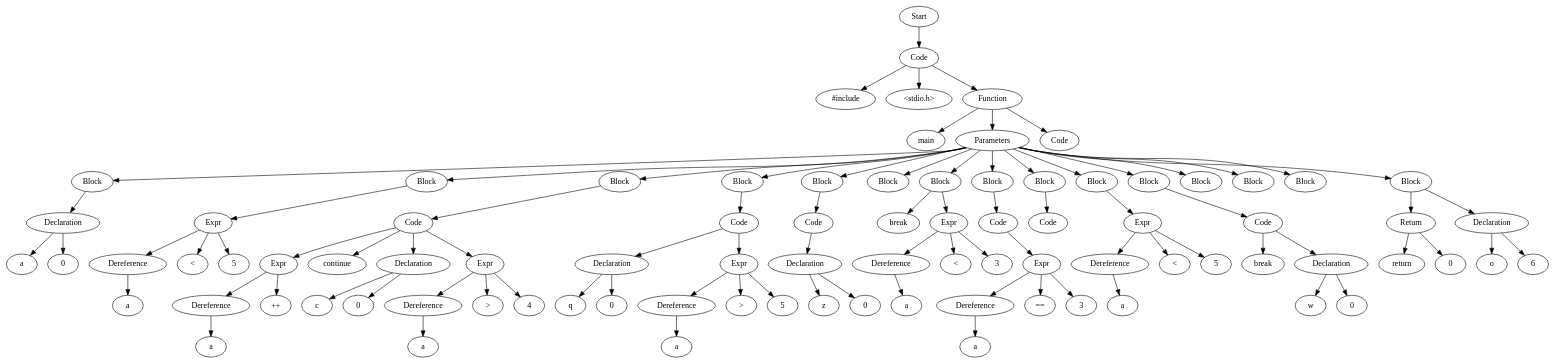
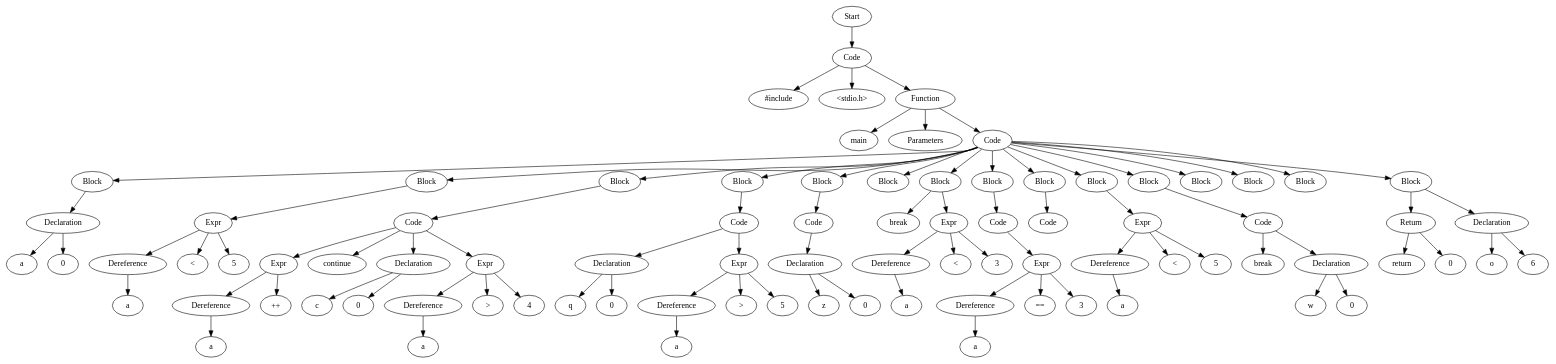
One commit to Are-you-listening/Compilers changed the diagram in TestCases/ASTTests/DeadCodeRemoveTests/CreateTests/read_file_before.dot. Above: the diagram before and after it, drawn with Graphviz. The commit also changed 59 other files, not shown here.

```diff
--- a/TestCases/ASTTests/DeadCodeRemoveTests/CreateTests/read_file_before.dot
+++ b/TestCases/ASTTests/DeadCodeRemoveTests/CreateTests/read_file_before.dot
@@ -1,175 +1,175 @@
 digraph AST {
-  "132926560718848" [label="Start"];
-  "132926560718848" -> "132926560727968";
-  "132926560727968" [label="Code"];
-  "132926560727968" -> "132926560717312";
-  "132926560727968" -> "132926560728400";
-  "132926560727968" -> "132926560728496";
-  "132926560717312" [label="#include"];
-  "132926560728400" [label="<stdio.h>"];
-  "132926560728496" [label="Function"];
-  "132926560728496" -> "132926560716208";
-  "132926560728496" -> "132926560729168";
-  "132926560728496" -> "132926560728784";
-  "132926560716208" [label="main"];
-  "132926560729168" [label="Parameters"];
-  "132926560729168" -> "132926558807104";
-  "132926560729168" -> "132926558806192";
-  "132926560729168" -> "132926558806624";
-  "132926560729168" -> "132926558801920";
-  "132926560729168" -> "132926558801248";
-  "132926560729168" -> "132926558801872";
-  "132926560729168" -> "132926558802544";
-  "132926560729168" -> "132926558804656";
-  "132926560729168" -> "132926558803984";
-  "132926560729168" -> "132926558803744";
-  "132926560729168" -> "132926558803792";
-  "132926560729168" -> "132926558803840";
-  "132926560729168" -> "132926558804608";
-  "132926560729168" -> "132926558805280";
-  "132926560729168" -> "132926558806672";
-  "132926558807104" [label="Block"];
-  "132926558807104" -> "132926560722256";
-  "132926560722256" [label="Declaration"];
-  "132926560722256" -> "132926560730368";
-  "132926560722256" -> "132926560728112";
-  "132926560730368" [label="a"];
-  "132926560728112" [label="0"];
-  "132926558806192" [label="Block"];
-  "132926558806192" -> "132926560722880";
-  "132926560722880" [label="Expr"];
-  "132926560722880" -> "132926560723600";
-  "132926560722880" -> "132926560728352";
-  "132926560722880" -> "132926560728736";
-  "132926560723600" [label="Dereference"];
-  "132926560723600" -> "132926560723696";
-  "132926560723696" [label="a"];
-  "132926560728352" [label="<"];
-  "132926560728736" [label="5"];
-  "132926558806624" [label="Block"];
-  "132926558806624" -> "132926560716976";
-  "132926560716976" [label="Code"];
-  "132926560716976" -> "132926560716496";
-  "132926560716976" -> "132926560717168";
-  "132926560716976" -> "132926560716640";
-  "132926560716976" -> "132926560718608";
-  "132926560716496" [label="Expr"];
-  "132926560716496" -> "132926560725760";
-  "132926560716496" -> "132926560730320";
-  "132926560725760" [label="Dereference"];
-  "132926560725760" -> "132926560718800";
-  "132926560718800" [label="a"];
-  "132926560730320" [label="++"];
-  "132926560717168" [label="continue"];
-  "132926560716640" [label="Declaration"];
-  "132926560716640" -> "132926560730896";
-  "132926560716640" -> "132926560715152";
-  "132926560730896" [label="c"];
-  "132926560715152" [label="0"];
-  "132926560718608" [label="Expr"];
-  "132926560718608" -> "132926560715392";
-  "132926560718608" -> "132926560715872";
-  "132926560718608" -> "132926560715728";
-  "132926560715392" [label="Dereference"];
-  "132926560715392" -> "132926560727680";
-  "132926560727680" [label="a"];
-  "132926560715872" [label=">"];
-  "132926560715728" [label="4"];
-  "132926558801920" [label="Block"];
-  "132926558801920" -> "132926560714816";
-  "132926560714816" [label="Code"];
-  "132926560714816" -> "132926560716928";
-  "132926560714816" -> "132926560727056";
-  "132926560716928" [label="Declaration"];
-  "132926560716928" -> "132926560723888";
-  "132926560716928" -> "132926560727152";
-  "132926560723888" [label="q"];
-  "132926560727152" [label="0"];
-  "132926560727056" [label="Expr"];
-  "132926560727056" -> "132926560719472";
-  "132926560727056" -> "132926560727104";
-  "132926560727056" -> "132926560726624";
-  "132926560719472" [label="Dereference"];
-  "132926560719472" -> "132926560727248";
-  "132926560727248" [label="a"];
-  "132926560727104" [label=">"];
-  "132926560726624" [label="5"];
-  "132926558801248" [label="Block"];
-  "132926558801248" -> "132926560726432";
-  "132926560726432" [label="Code"];
-  "132926560726432" -> "132926560726336";
-  "132926560726336" [label="Declaration"];
-  "132926560726336" -> "132926560716448";
-  "132926560726336" -> "132926560715968";
-  "132926560716448" [label="z"];
-  "132926560715968" [label="0"];
-  "132926558801872" [label="Block"];
-  "132926558802544" [label="Block"];
-  "132926558802544" -> "132926560727344";
-  "132926558802544" -> "132926560723744";
-  "132926560727344" [label="break"];
-  "132926560723744" [label="Expr"];
-  "132926560723744" -> "132926560726096";
-  "132926560723744" -> "132926560725568";
-  "132926560723744" -> "132926560721728";
-  "132926560726096" [label="Dereference"];
-  "132926560726096" -> "132926560725952";
-  "132926560725952" [label="a"];
-  "132926560725568" [label="<"];
-  "132926560721728" [label="3"];
-  "132926558804656" [label="Block"];
-  "132926558804656" -> "132926560725424";
-  "132926560725424" [label="Code"];
-  "132926560725424" -> "132926560724512";
-  "132926560724512" [label="Expr"];
-  "132926560724512" -> "132926560730704";
-  "132926560724512" -> "132926560721200";
-  "132926560724512" -> "132926560724752";
-  "132926560730704" [label="Dereference"];
-  "132926560730704" -> "132926560724896";
-  "132926560724896" [label="a"];
-  "132926560721200" [label="=="];
-  "132926560724752" [label="3"];
-  "132926558803984" [label="Block"];
-  "132926558803984" -> "132926560724656";
-  "132926560724656" [label="Code"];
-  "132926558803744" [label="Block"];
-  "132926558803744" -> "132926560724608";
-  "132926560724608" [label="Expr"];
-  "132926560724608" -> "132926560727632";
-  "132926560724608" -> "132926560722592";
-  "132926560724608" -> "132926560725184";
-  "132926560727632" [label="Dereference"];
-  "132926560727632" -> "132926560717552";
-  "132926560717552" [label="a"];
-  "132926560722592" [label="<"];
-  "132926560725184" [label="5"];
-  "132926558803792" [label="Block"];
-  "132926558803792" -> "132926560723552";
-  "132926560723552" [label="Code"];
-  "132926560723552" -> "132926558797888";
-  "132926560723552" -> "132926558798128";
-  "132926558797888" [label="break"];
-  "132926558798128" [label="Declaration"];
-  "132926558798128" -> "132926558798368";
-  "132926558798128" -> "132926558798608";
-  "132926558798368" [label="w"];
-  "132926558798608" [label="0"];
-  "132926558803840" [label="Block"];
-  "132926558804608" [label="Block"];
-  "132926558805280" [label="Block"];
-  "132926558806672" [label="Block"];
-  "132926558806672" -> "132926560722544";
-  "132926558806672" -> "132926558798800";
-  "132926560722544" [label="Return"];
-  "132926560722544" -> "132926560724128";
-  "132926560722544" -> "132926558798704";
-  "132926560724128" [label="return"];
-  "132926558798704" [label="0"];
-  "132926558798800" [label="Declaration"];
-  "132926558798800" -> "132926558799040";
-  "132926558798800" -> "132926558799280";
-  "132926558799040" [label="o"];
-  "132926558799280" [label="6"];
-  "132926560728784" [label="Code"];
+  "129136273059952" [label="Start"];
+  "129136273059952" -> "129136273060432";
+  "129136273060432" [label="Code"];
+  "129136273060432" -> "129136273060528";
+  "129136273060432" -> "129136273060672";
+  "129136273060432" -> "129136273056640";
+  "129136273060528" [label="#include"];
+  "129136273060672" [label="<stdio.h>"];
+  "129136273056640" [label="Function"];
+  "129136273056640" -> "129136273048528";
+  "129136273056640" -> "129136273060816";
+  "129136273056640" -> "129136273057072";
+  "129136273048528" [label="main"];
+  "129136273060816" [label="Parameters"];
+  "129136273057072" [label="Code"];
+  "129136273057072" -> "129136271173584";
+  "129136273057072" -> "129136271172672";
+  "129136273057072" -> "129136271173104";
+  "129136273057072" -> "129136271168400";
+  "129136273057072" -> "129136271167728";
+  "129136273057072" -> "129136271168352";
+  "129136273057072" -> "129136271169024";
+  "129136273057072" -> "129136271171136";
+  "129136273057072" -> "129136271170464";
+  "129136273057072" -> "129136271170224";
+  "129136273057072" -> "129136271170272";
+  "129136273057072" -> "129136271170320";
+  "129136273057072" -> "129136271171088";
+  "129136273057072" -> "129136271171760";
+  "129136273057072" -> "129136271173152";
+  "129136271173584" [label="Block"];
+  "129136271173584" -> "129136273048336";
+  "129136273048336" [label="Declaration"];
+  "129136273048336" -> "129136273052560";
+  "129136273048336" -> "129136273060240";
+  "129136273052560" [label="a"];
+  "129136273060240" [label="0"];
+  "129136271172672" [label="Block"];
+  "129136271172672" -> "129136273060384";
+  "129136273060384" [label="Expr"];
+  "129136273060384" -> "129136273057936";
+  "129136273060384" -> "129136273055392";
+  "129136273060384" -> "129136273059040";
+  "129136273057936" [label="Dereference"];
+  "129136273057936" -> "129136273051744";
+  "129136273051744" [label="a"];
+  "129136273055392" [label="<"];
+  "129136273059040" [label="5"];
+  "129136271173104" [label="Block"];
+  "129136271173104" -> "129136273054144";
+  "129136273054144" [label="Code"];
+  "129136273054144" -> "129136273048480";
+  "129136273054144" -> "129136273062496";
+  "129136273054144" -> "129136273061392";
+  "129136273054144" -> "129136273061920";
+  "129136273048480" [label="Expr"];
+  "129136273048480" -> "129136273059568";
+  "129136273048480" -> "129136273062592";
+  "129136273059568" [label="Dereference"];
+  "129136273059568" -> "129136273048960";
+  "129136273048960" [label="a"];
+  "129136273062592" [label="++"];
+  "129136273062496" [label="continue"];
+  "129136273061392" [label="Declaration"];
+  "129136273061392" -> "129136273060336";
+  "129136273061392" -> "129136273048096";
+  "129136273060336" [label="c"];
+  "129136273048096" [label="0"];
+  "129136273061920" [label="Expr"];
+  "129136273061920" -> "129136273062016";
+  "129136273061920" -> "129136273054576";
+  "129136273061920" -> "129136273060192";
+  "129136273062016" [label="Dereference"];
+  "129136273062016" -> "129136273059664";
+  "129136273059664" [label="a"];
+  "129136273054576" [label=">"];
+  "129136273060192" [label="4"];
+  "129136271168400" [label="Block"];
+  "129136271168400" -> "129136273059616";
+  "129136273059616" [label="Code"];
+  "129136273059616" -> "129136273062304";
+  "129136273059616" -> "129136273059136";
+  "129136273062304" [label="Declaration"];
+  "129136273062304" -> "129136273056496";
+  "129136273062304" -> "129136273059472";
+  "129136273056496" [label="q"];
+  "129136273059472" [label="0"];
+  "129136273059136" [label="Expr"];
+  "129136273059136" -> "129136273058944";
+  "129136273059136" -> "129136273057120";
+  "129136273059136" -> "129136273053712";
+  "129136273058944" [label="Dereference"];
+  "129136273058944" -> "129136273057024";
+  "129136273057024" [label="a"];
+  "129136273057120" [label=">"];
+  "129136273053712" [label="5"];
+  "129136271167728" [label="Block"];
+  "129136271167728" -> "129136273056112";
+  "129136273056112" [label="Code"];
+  "129136273056112" -> "129136273053376";
+  "129136273053376" [label="Declaration"];
+  "129136273053376" -> "129136273058512";
+  "129136273053376" -> "129136273048816";
+  "129136273058512" [label="z"];
+  "129136273048816" [label="0"];
+  "129136271168352" [label="Block"];
+  "129136271169024" [label="Block"];
+  "129136271169024" -> "129136273059232";
+  "129136271169024" -> "129136273058272";
+  "129136273059232" [label="break"];
+  "129136273058272" [label="Expr"];
+  "129136273058272" -> "129136273063024";
+  "129136273058272" -> "129136273058320";
+  "129136273058272" -> "129136273056784";
+  "129136273063024" [label="Dereference"];
+  "129136273063024" -> "129136273051936";
+  "129136273051936" [label="a"];
+  "129136273058320" [label="<"];
+  "129136273056784" [label="3"];
+  "129136271171136" [label="Block"];
+  "129136271171136" -> "129136273056832";
+  "129136273056832" [label="Code"];
+  "129136273056832" -> "129136273057792";
+  "129136273057792" [label="Expr"];
+  "129136273057792" -> "129136273059424";
+  "129136273057792" -> "129136273057552";
+  "129136273057792" -> "129136273057504";
+  "129136273059424" [label="Dereference"];
+  "129136273059424" -> "129136273057840";
+  "129136273057840" [label="a"];
+  "129136273057552" [label="=="];
+  "129136273057504" [label="3"];
+  "129136271170464" [label="Block"];
+  "129136271170464" -> "129136273056688";
+  "129136273056688" [label="Code"];
+  "129136271170224" [label="Block"];
+  "129136271170224" -> "129136273051888";
+  "129136273051888" [label="Expr"];
+  "129136273051888" -> "129136273059904";
+  "129136273051888" -> "129136273058128";
+  "129136273051888" -> "129136271163504";
+  "129136273059904" [label="Dereference"];
+  "129136273059904" -> "129136273058176";
+  "129136273058176" [label="a"];
+  "129136273058128" [label="<"];
+  "129136271163504" [label="5"];
+  "129136271170272" [label="Block"];
+  "129136271170272" -> "129136273054384";
+  "129136273054384" [label="Code"];
+  "129136273054384" -> "129136271163600";
+  "129136273054384" -> "129136271163840";
+  "129136271163600" [label="break"];
+  "129136271163840" [label="Declaration"];
+  "129136271163840" -> "129136271164080";
+  "129136271163840" -> "129136271164320";
+  "129136271164080" [label="w"];
+  "129136271164320" [label="0"];
+  "129136271170320" [label="Block"];
+  "129136271171088" [label="Block"];
+  "129136271171760" [label="Block"];
+  "129136271173152" [label="Block"];
+  "129136271173152" -> "129136273055008";
+  "129136271173152" -> "129136271164512";
+  "129136273055008" [label="Return"];
+  "129136273055008" -> "129136273063456";
+  "129136273055008" -> "129136271164416";
+  "129136273063456" [label="return"];
+  "129136271164416" [label="0"];
+  "129136271164512" [label="Declaration"];
+  "129136271164512" -> "129136271164752";
+  "129136271164512" -> "129136271164992";
+  "129136271164752" [label="o"];
+  "129136271164992" [label="6"];
 }
```
